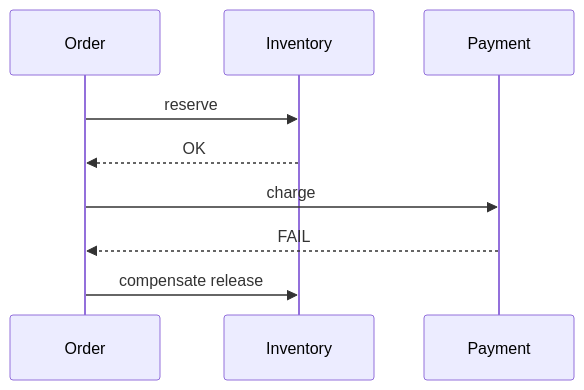
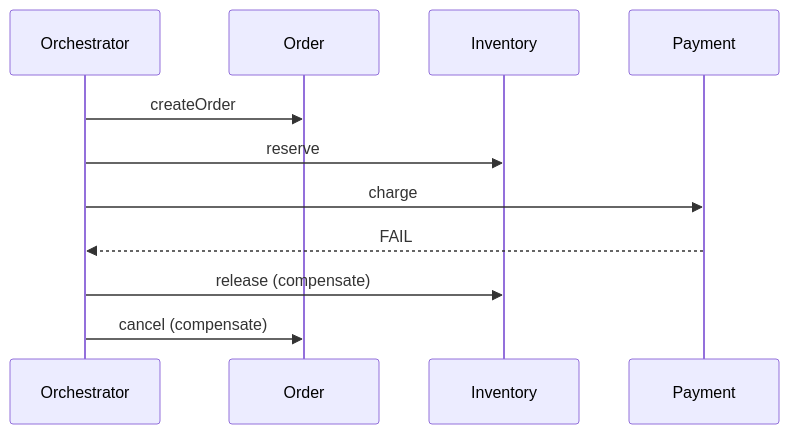
Before and after one commit to hareramcse/SystemDesign: diagram 24 of 27 in 08-microservices/README.md, drawn with Mermaid. The commit also changed other lines of this file and 14 other files, not shown here.

````diff
--- a/08-microservices/README.md
+++ b/08-microservices/README.md
@@ -1139,11 +1317,14 @@
 ```mermaid
 sequenceDiagram
+    participant Orch as Orchestrator
     participant O as Order
     participant I as Inventory
     participant P as Payment
-    O->>I: reserve
-    I-->>O: OK
-    O->>P: charge
-    P-->>O: FAIL
-    O->>I: compensate release
+
+    Orch->>O: createOrder
+    Orch->>I: reserve
+    Orch->>P: charge
+    P-->>Orch: FAIL
+    Orch->>I: release (compensate)
+    Orch->>O: cancel (compensate)
 ```
````
